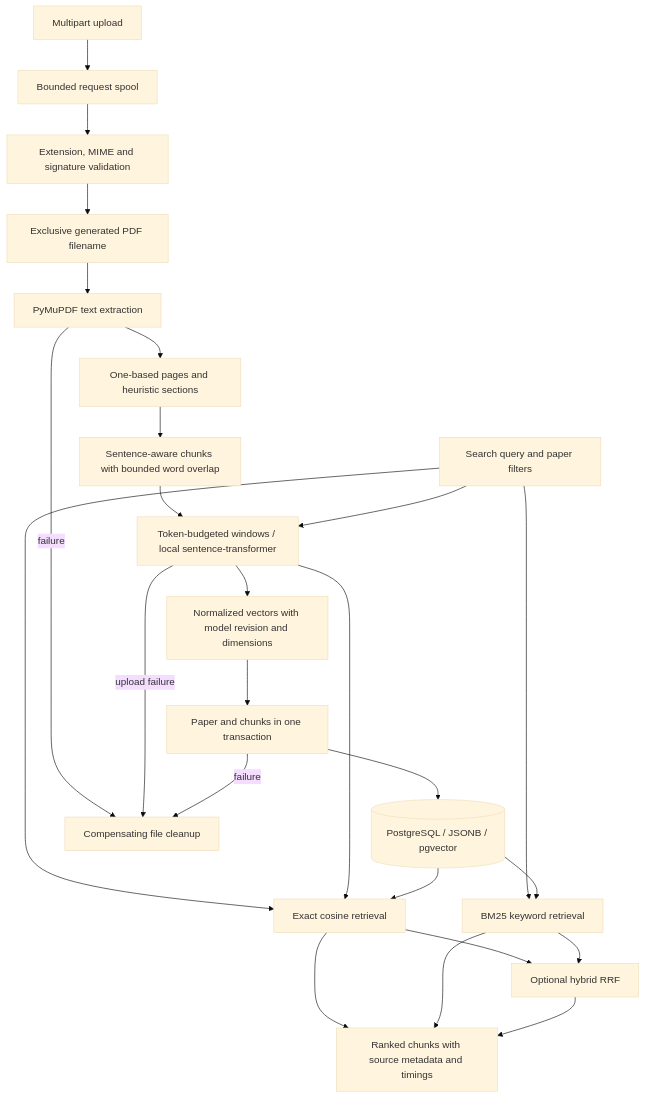
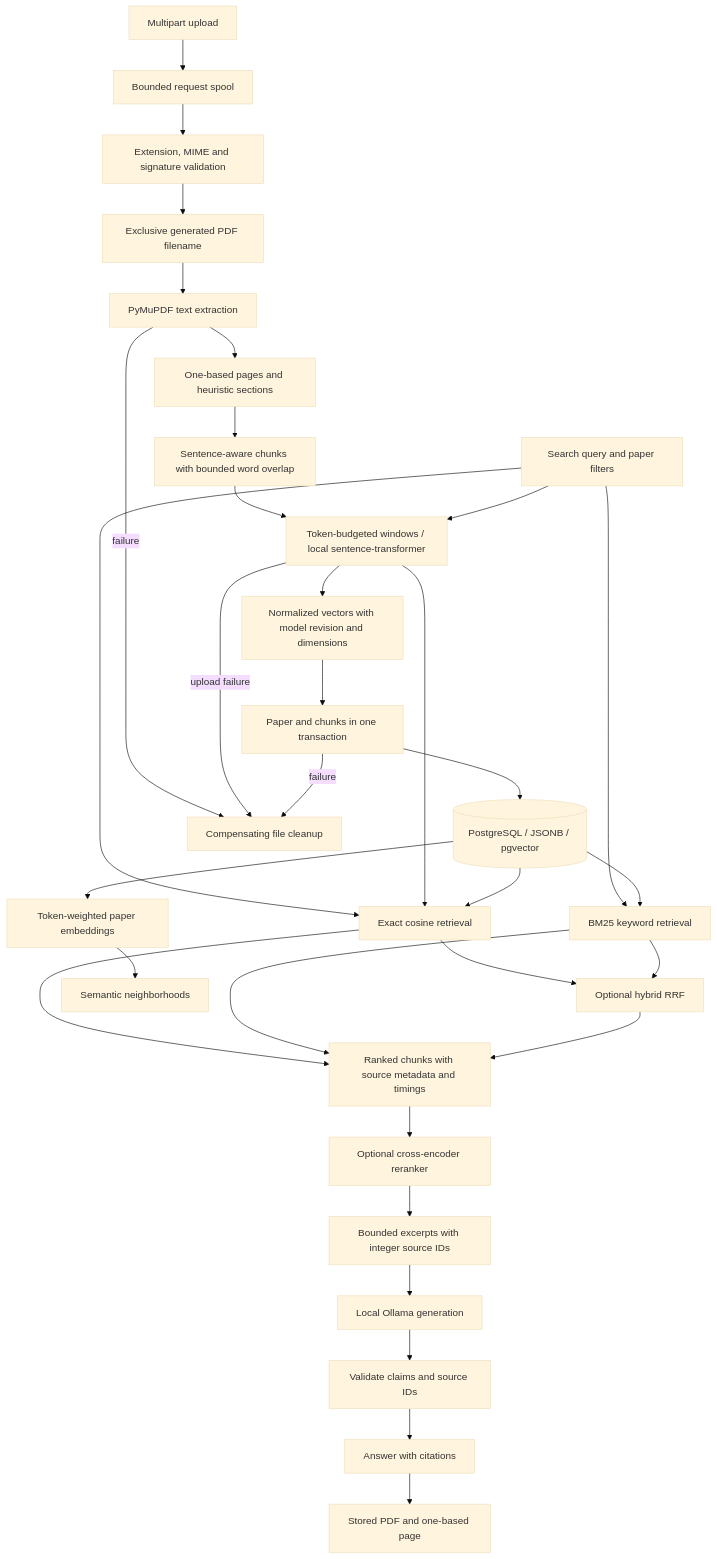
The diagram in docs/architecture.md (Sunilcharan711/scholargraph), drawn with Mermaid (base theme) before and after one commit. The commit also changed other lines of this file and 6 other files, not shown here.

````diff
--- a/docs/architecture.md
+++ b/docs/architecture.md
@@ -3,27 +3,35 @@
 ```mermaid
 flowchart TD
     Request[Multipart upload] --> Body[Bounded request spool]
     Body --> Validate[Extension, MIME and signature validation]
     Validate --> Storage[Exclusive generated PDF filename]
     Storage --> Parse[PyMuPDF text extraction]
     Parse --> Sections[One-based pages and heuristic sections]
     Sections --> Chunks[Sentence-aware chunks with bounded word overlap]
     Chunks --> Adapter[Token-budgeted windows / local sentence-transformer]
     Adapter --> Vectors[Normalized vectors with model revision and dimensions]
     Vectors --> Transaction[Paper and chunks in one transaction]
     Transaction --> Postgres[(PostgreSQL / JSONB / pgvector)]
     Query[Search query and paper filters] --> Adapter
     Query --> Search[Exact cosine retrieval]
     Adapter --> Search
     Postgres --> Search
     Search --> Evidence[Ranked chunks with source metadata and timings]
     Query --> Lexical[BM25 keyword retrieval]
     Postgres --> Lexical
     Lexical --> Evidence
     Search --> Fusion[Optional hybrid RRF]
     Lexical --> Fusion
     Fusion --> Evidence
+    Evidence --> Rerank[Optional cross-encoder reranker]
+    Rerank --> Context[Bounded excerpts with integer source IDs]
+    Context --> LLM[Local Ollama generation]
+    LLM --> ValidateAnswer[Validate claims and source IDs]
+    ValidateAnswer --> Answer[Answer with citations]
+    Answer --> PDFPage[Stored PDF and one-based page]
+    Postgres --> Pool[Token-weighted paper embeddings]
+    Pool --> Graph[Semantic neighborhoods]
     Parse -->|failure| Cleanup[Compensating file cleanup]
     Adapter -->|upload failure| Cleanup
     Transaction -->|failure| Cleanup
 ```
````
